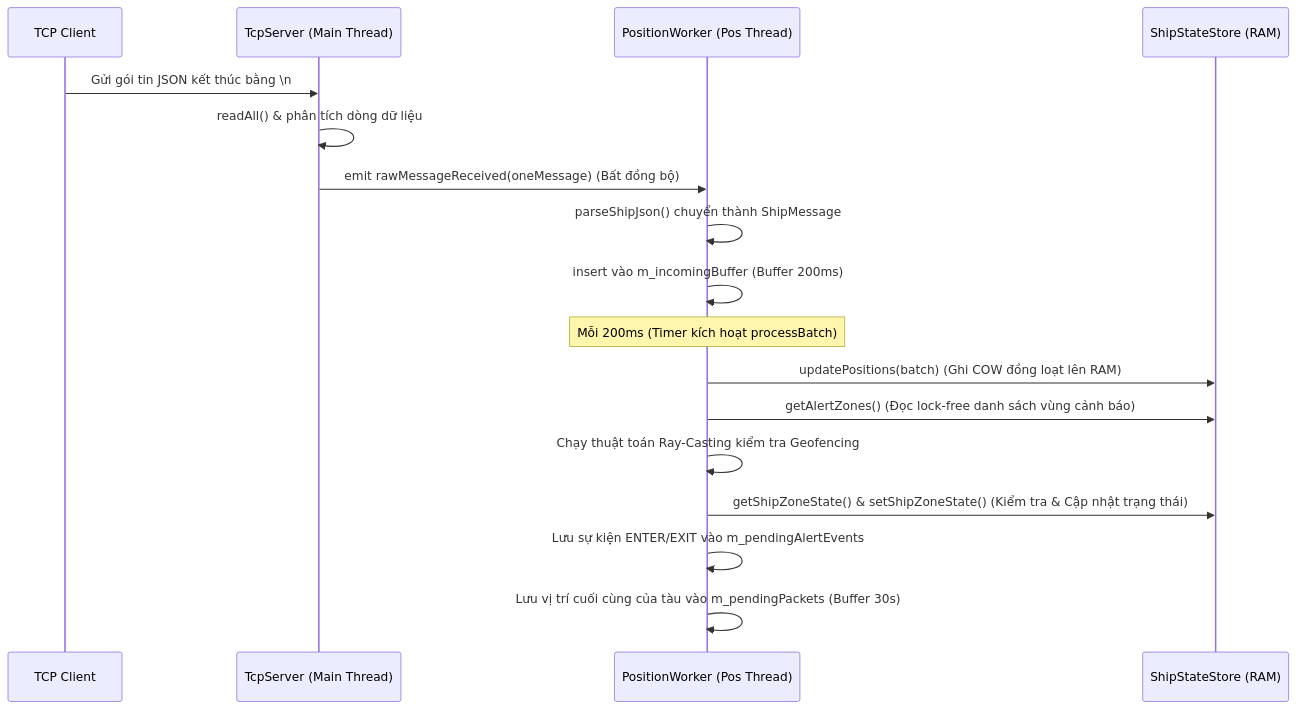
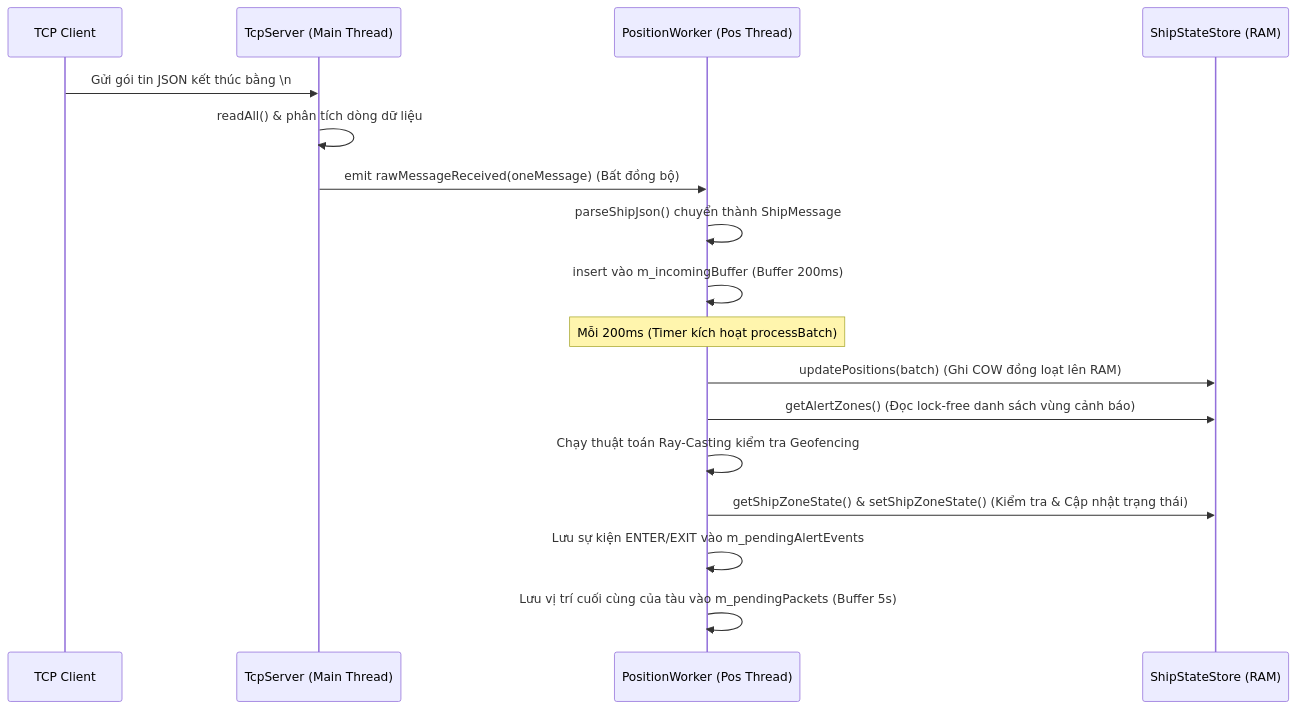
The third of 4 diagrams in docs/system_architecture.md (tongtranbinh/2D_Digital_Map), drawn with Mermaid before and after one commit. The commit also changed other lines of this file and 18 other files, not shown here.

````diff
--- a/docs/system_architecture.md
+++ b/docs/system_architecture.md
@@ -106,21 +106,21 @@
 ```mermaid
 sequenceDiagram
     participant Client as TCP Client
     participant Server as TcpServer (Main Thread)
     participant PW as PositionWorker (Pos Thread)
     participant Store as ShipStateStore (RAM)
     
     Client->>Server: Gửi gói tin JSON kết thúc bằng \n
     Server->>Server: readAll() & phân tích dòng dữ liệu
     Server->>PW: emit rawMessageReceived(oneMessage) (Bất đồng bộ)
     PW->>PW: parseShipJson() chuyển thành ShipMessage
     PW->>PW: insert vào m_incomingBuffer (Buffer 200ms)
     
     Note over PW: Mỗi 200ms (Timer kích hoạt processBatch)
     PW->>Store: updatePositions(batch) (Ghi COW đồng loạt lên RAM)
     PW->>Store: getAlertZones() (Đọc lock-free danh sách vùng cảnh báo)
     PW->>PW: Chạy thuật toán Ray-Casting kiểm tra Geofencing
     PW->>Store: getShipZoneState() & setShipZoneState() (Kiểm tra & Cập nhật trạng thái)
     PW->>PW: Lưu sự kiện ENTER/EXIT vào m_pendingAlertEvents
-    PW->>PW: Lưu vị trí cuối cùng của tàu vào m_pendingPackets (Buffer 30s)
+    PW->>PW: Lưu vị trí cuối cùng của tàu vào m_pendingPackets (Buffer 5s)
 ```
````
